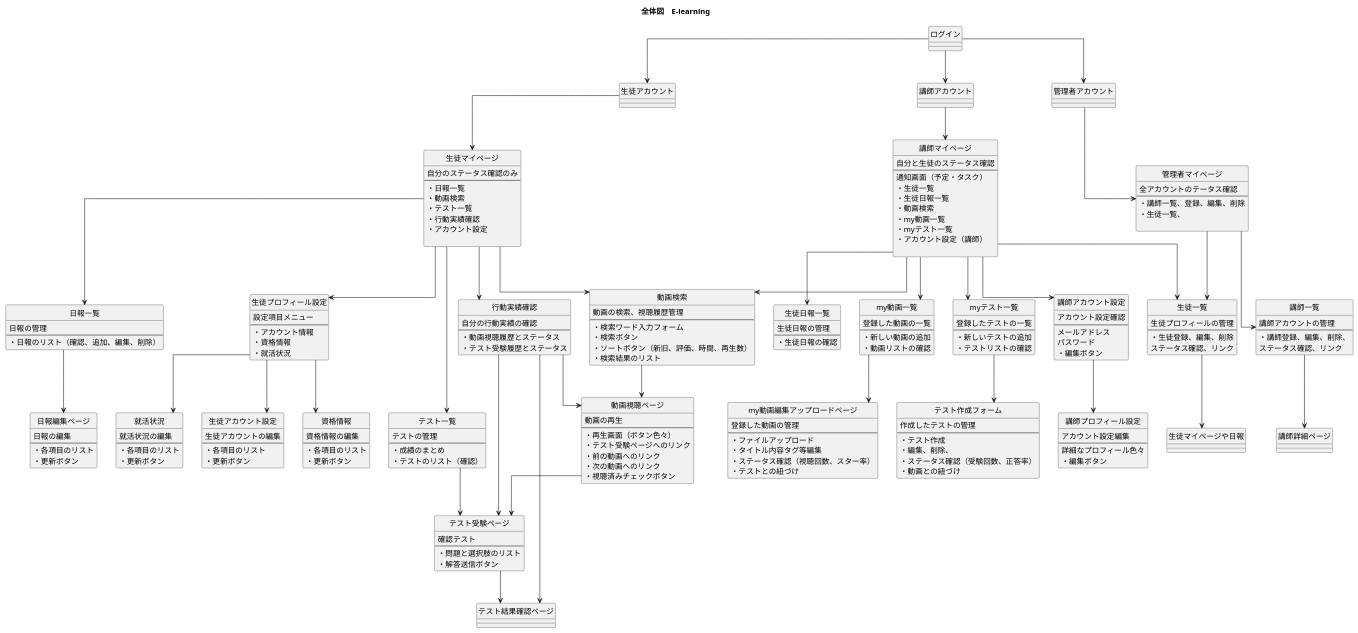
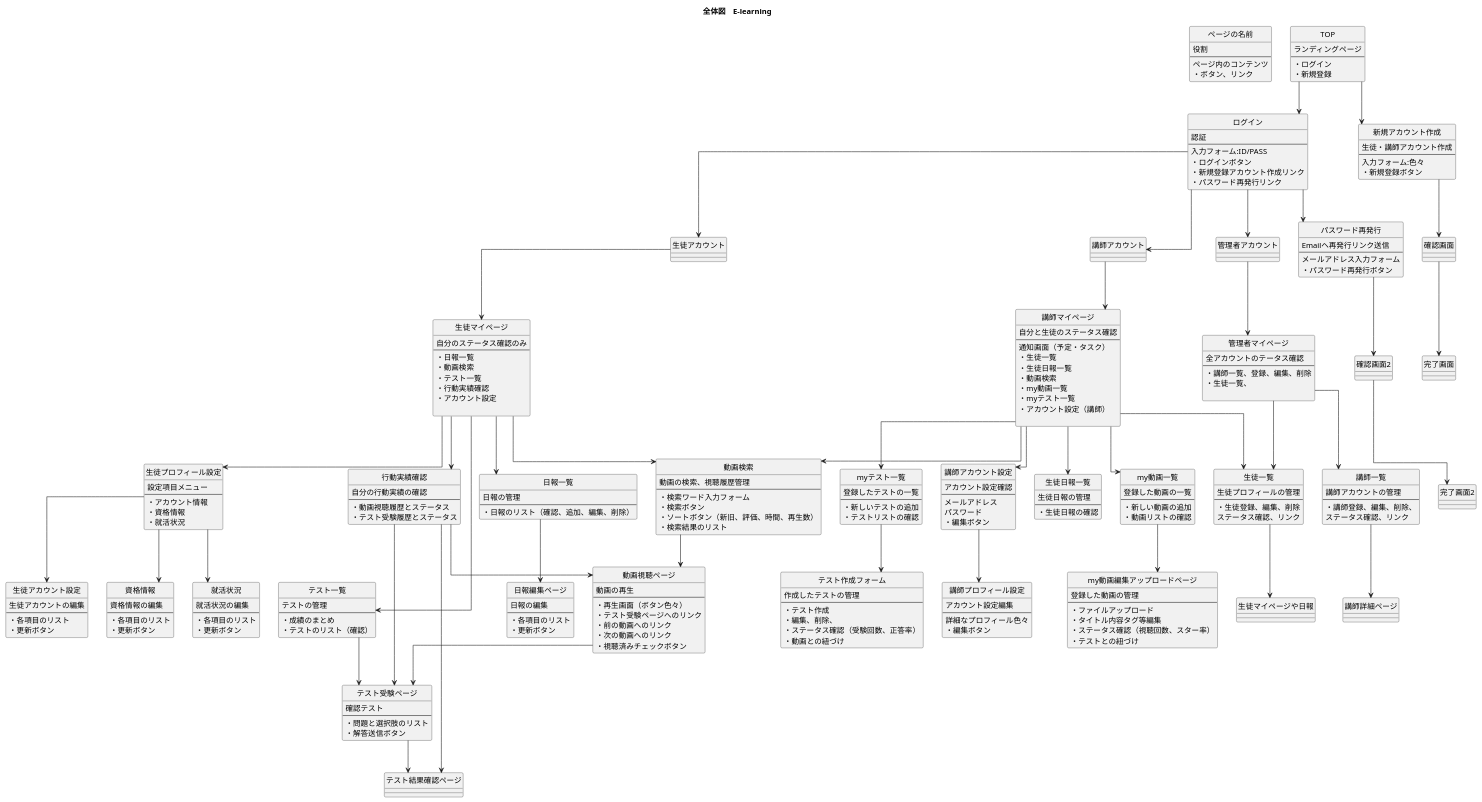
The diagram in gamenseni.pu (neugate/Elearning-tmp), drawn with PlantUML before and after one commit. The commit also changed 2 other files, not shown here.

```diff
--- a/gamenseni.pu
+++ b/gamenseni.pu
@@ -14,45 +14,45 @@
 
 
 
-' entity "ページの名前" as ページの名前 {
-'   役割
-'   --
-'   ページ内のコンテンツ
-'   ・ボタン、リンク
-' }
+entity "ページの名前" as ページの名前 {
+  役割
+  --
+  ページ内のコンテンツ
+  ・ボタン、リンク
+}
  
 
  '~~~~~~~~~~~~~~~~~~~~~~~~~~~~~~~~~~~~~~~~~~~~~~~~~~~~~~~~~
 '~~~~~~~~~~~~~~~~~~~~~~~~~~~~~~~~~~~~~~~~~~~~~~~~~~~~~~~~
  
-'  entity "TOP" as TOP {
-'   ランディングページ
-'   --
-' ・ログイン
-' ・新規登録
-' }
+ entity "TOP" as TOP {
+  ランディングページ
+  --
+・ログイン
+・新規登録
+}
  
-' entity "ログイン" as ログイン {
-'   認証
-'   --
-'   入力フォーム:ID/PASS
-'   ・ログインボタン
-'   ・新規登録アカウント作成リンク
-'   ・パスワード再発行リンク
-' }
+entity "ログイン" as ログイン {
+  認証
+  --
+  入力フォーム:ID/PASS
+  ・ログインボタン
+  ・新規登録アカウント作成リンク
+  ・パスワード再発行リンク
+}
  
-' entity "新規アカウント作成" as 新規登録 {
-'   生徒・講師アカウント作成
-'   --
-'   入力フォーム:色々
-'   ・新規登録ボタン
-' }
-' entity "パスワード再発行" as パスワード再発行 {
-'   Emailヘ再発行リンク送信
-'   --
-'   メールアドレス入力フォーム
-'   ・パスワード再発行ボタン
-' }
+entity "新規アカウント作成" as 新規登録 {
+  生徒・講師アカウント作成
+  --
+  入力フォーム:色々
+  ・新規登録ボタン
+}
+entity "パスワード再発行" as パスワード再発行 {
+  Emailヘ再発行リンク送信
+  --
+  メールアドレス入力フォーム
+  ・パスワード再発行ボタン
+}
 
 
  '~~~~~~~~~~~~~~~~~~~~~~~~~~~~~~~~~~~~~~~~~~~~~~~~~~~~~~~~~
@@ -327,17 +327,19 @@
 '~~~~~~~~~~~~~~~~~~~~~~~~~~~~~~~~~~~~~~~~~~~~~~~~~~~~~~~~
 
  '~~~~~~~~~~~~~~~~~~~~~~~~~~~~~~~~~~~~~~~~~~~~~~~~~~~~~~~~~
+
+ 
+TOP-->新規登録
+  新規登録-->確認画面
+    確認画面-->完了画面
+TOP-->ログイン
+  ログイン-->パスワード再発行
+    パスワード再発行-->確認画面2
+      確認画面2-->完了画面2
+
 '~~~~~~~~~~~~~~~~~~~~~~~~~~~~~~~~~~~~~~~~~~~~~~~~~~~~~~~~
 '~~~~~~~~~~~~~~~~~~~~~~~~~~~~~~~~~~~~~~~~~~~~~~~~~~~~~~~~~
 
- 
-' TOP-->新規登録
-'   新規登録-->確認画面
-'     確認画面-->完了画面
-' TOP-->ログイン
-  ' ログイン-->パスワード再発行
-  '   パスワード再発行-->確認画面2
-  '     確認画面2-->完了画面2
 
   ログイン-->生徒アカウント
     生徒アカウント-->生徒マイページ
```
